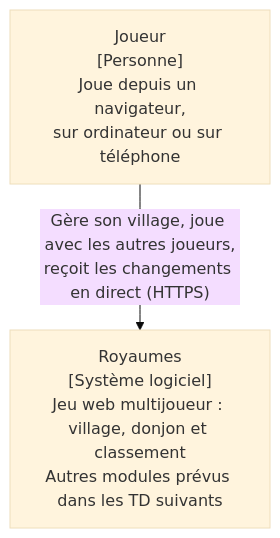
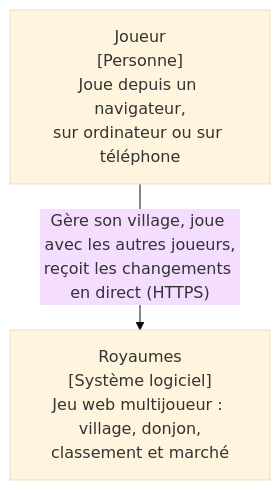
One commit to leon-morival/kingdom changed the first of 4 diagrams in docs/architecture.md. Above: the diagram before and after it, drawn with Mermaid (base theme). The commit also changed other lines of this file and 6 other files, not shown here.

````diff
--- a/docs/architecture.md
+++ b/docs/architecture.md
@@ -12,6 +12,6 @@
 ```mermaid
 flowchart TB
   joueur["Joueur<br/>[Personne]<br/>Joue depuis un navigateur,<br/>sur ordinateur ou sur téléphone"]
-  royaumes["Royaumes<br/>[Système logiciel]<br/>Jeu web multijoueur : village, donjon et classement<br/>Autres modules prévus dans les TD suivants"]
+  royaumes["Royaumes<br/>[Système logiciel]<br/>Jeu web multijoueur : village, donjon,<br/>classement et marché"]
   joueur -->|"Gère son village, joue avec les autres joueurs,<br/>reçoit les changements en direct (HTTPS)"| royaumes
 ```
````
